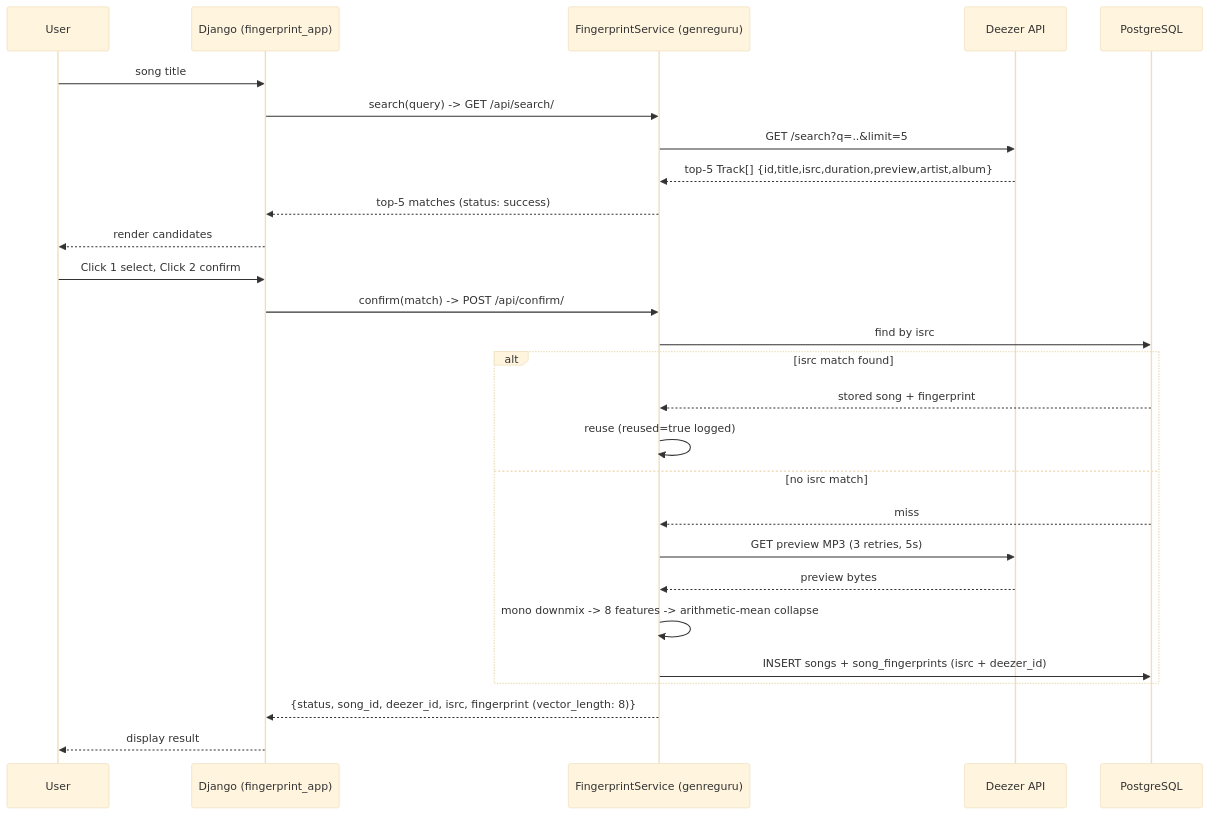
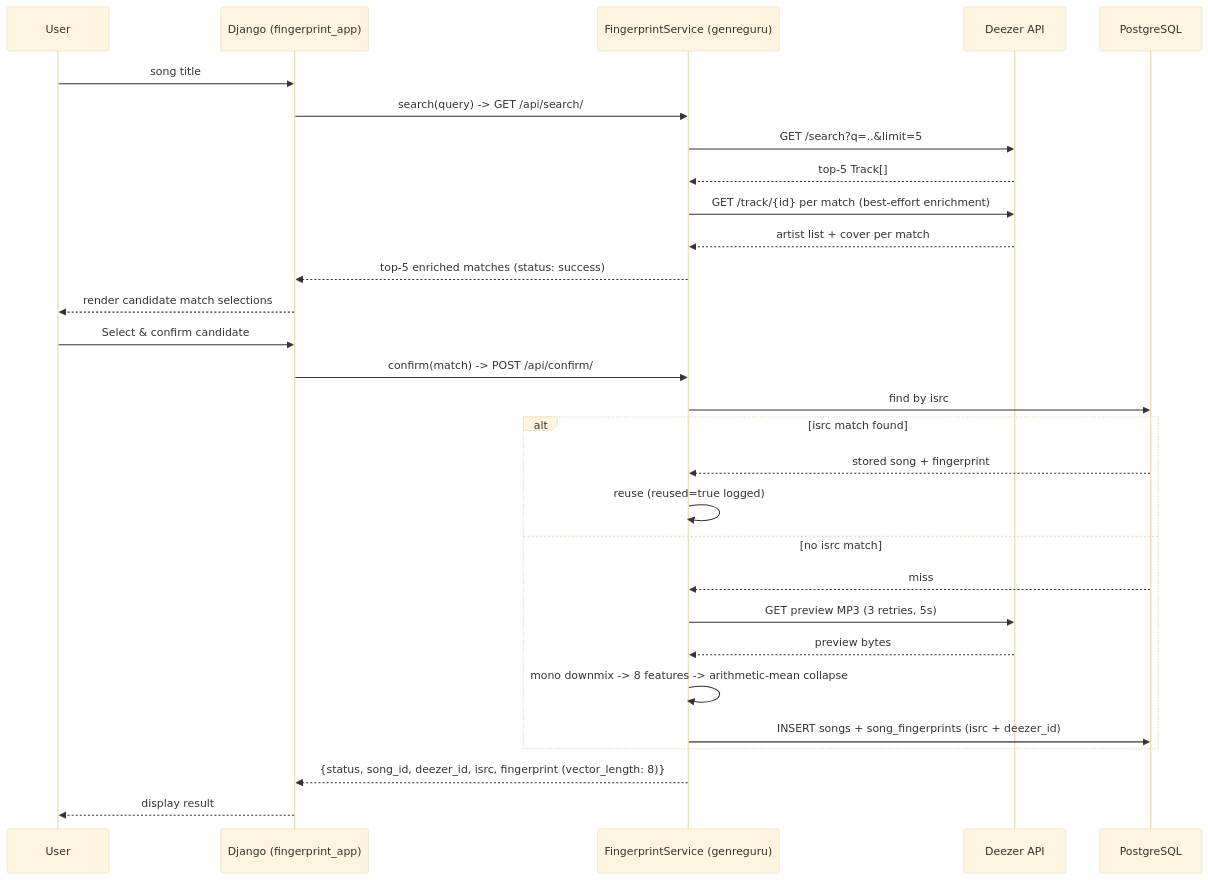
Before and after one commit to AhmedAl-Hayali/AgenticGenreGuru: the second of 2 diagrams in docs/001-song-fingerprint-engine/architecture.md, drawn with Mermaid (base theme). The commit also changed other lines of this file and 4 other files, not shown here.

Commit message:
docs(api): capture track cover image & full contributors list in internal search & external deezer API outlines

````diff
--- a/docs/001-song-fingerprint-engine/architecture.md
+++ b/docs/001-song-fingerprint-engine/architecture.md
@@ -213,29 +214,31 @@
 ```mermaid
 sequenceDiagram
     participant U as User
     participant UI as Django (fingerprint_app)
     participant SVC as FingerprintService (genreguru)
     participant DZ as Deezer API
     participant DB as PostgreSQL
     U->>UI: song title
     UI->>SVC: search(query) -> GET /api/search/
     SVC->>DZ: GET /search?q=..&limit=5
-    DZ-->>SVC: top-5 Track[] {id,title,isrc,duration,preview,artist,album}
-    SVC-->>UI: top-5 matches (status: success)
-    UI-->>U: render candidates
-    U->>UI: Click 1 select, Click 2 confirm
+    DZ-->>SVC: top-5 Track[]
+    SVC->>DZ: GET /track/{id} per match (best-effort enrichment)
+    DZ-->>SVC: artist list + cover per match
+    SVC-->>UI: top-5 enriched matches (status: success)
+    UI-->>U: render candidate match selections
+    U->>UI: Select & confirm candidate
     UI->>SVC: confirm(match) -> POST /api/confirm/
     SVC->>DB: find by isrc
     alt isrc match found
         DB-->>SVC: stored song + fingerprint
         SVC->>SVC: reuse (reused=true logged)
     else no isrc match
         DB-->>SVC: miss
         SVC->>DZ: GET preview MP3 (3 retries, 5s)
         DZ-->>SVC: preview bytes
         SVC->>SVC: mono downmix -> 8 features -> arithmetic-mean collapse
         SVC->>DB: INSERT songs + song_fingerprints (isrc + deezer_id)
     end
     SVC-->>UI: {status, song_id, deezer_id, isrc, fingerprint (vector_length: 8)}
     UI-->>U: display result
 ```
````
